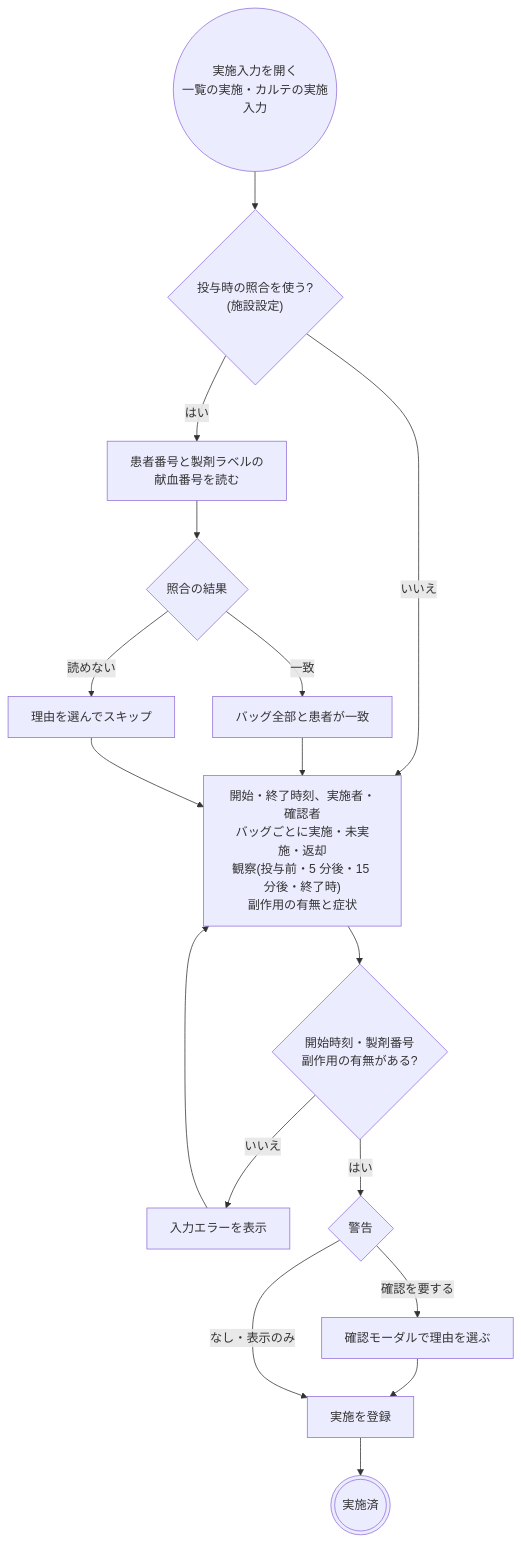
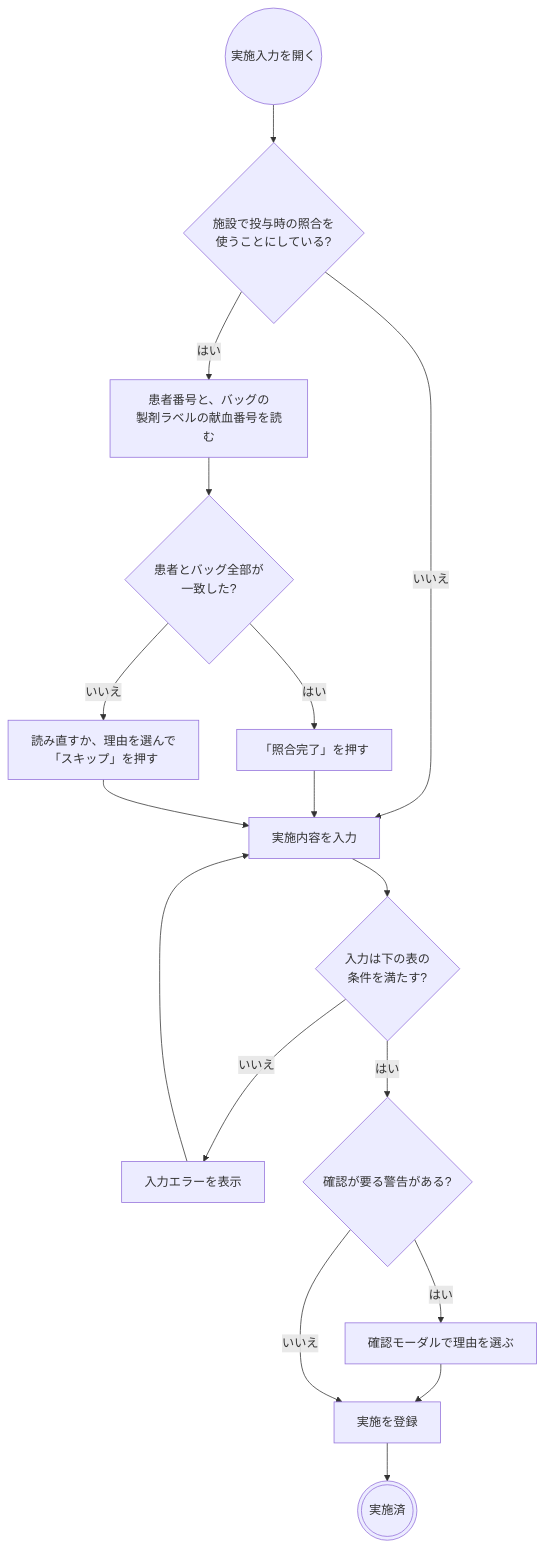
Before and after one commit to ysnr-dev/fhir-client: the fourth of 16 diagrams in docs/order-flows/transfusion.md, drawn with Mermaid. The commit also changed other lines of this file and 14 other files, not shown here.

Commit message:
docs: 業務フローに書き方の決まりを追加し図と用語を整理

````diff
--- a/docs/order-flows/transfusion.md
+++ b/docs/order-flows/transfusion.md
@@ -162,28 +242,28 @@
 ```mermaid
 flowchart TD
-  open(("実施入力を開く<br/>一覧の実施・カルテの実施入力"))
-  enabled{"投与時の照合を使う?<br/>(施設設定)"}
-  scan["患者番号と製剤ラベルの<br/>献血番号を読む"]
-  how{"照合の結果"}
-  matched["バッグ全部と患者が一致"]
-  skip["理由を選んでスキップ"]
-  input["開始・終了時刻、実施者・確認者<br/>バッグごとに実施・未実施・返却<br/>観察(投与前・5 分後・15 分後・終了時)<br/>副作用の有無と症状"]
-  valid{"開始時刻・製剤番号<br/>副作用の有無がある?"}
+  open(("実施入力を開く"))
+  enabled{"施設で投与時の照合を<br/>使うことにしている?"}
+  scan["患者番号と、バッグの<br/>製剤ラベルの献血番号を読む"]
+  how{"患者とバッグ全部が<br/>一致した?"}
+  matched["「照合完了」を押す"]
+  skip["読み直すか、理由を選んで<br/>「スキップ」を押す"]
+  input["実施内容を入力"]
+  valid{"入力は下の表の<br/>条件を満たす?"}
   validError["入力エラーを表示"]
-  check{"警告"}
+  check{"確認が要る警告がある?"}
   confirm["確認モーダルで理由を選ぶ"]
   save["実施を登録"]
   done((("実施済")))
 
   open --> enabled
   enabled -- "はい" --> scan --> how
   enabled -- "いいえ" --> input
-  how -- "一致" --> matched --> input
-  how -- "読めない" --> skip --> input
+  how -- "はい" --> matched --> input
+  how -- "いいえ" --> skip --> input
   input --> valid
   valid -- "いいえ" --> validError --> input
   valid -- "はい" --> check
-  check -- "確認を要する" --> confirm --> save
-  check -- "なし・表示のみ" --> save
+  check -- "はい" --> confirm --> save
+  check -- "いいえ" --> save
   save --> done
 ```
````
